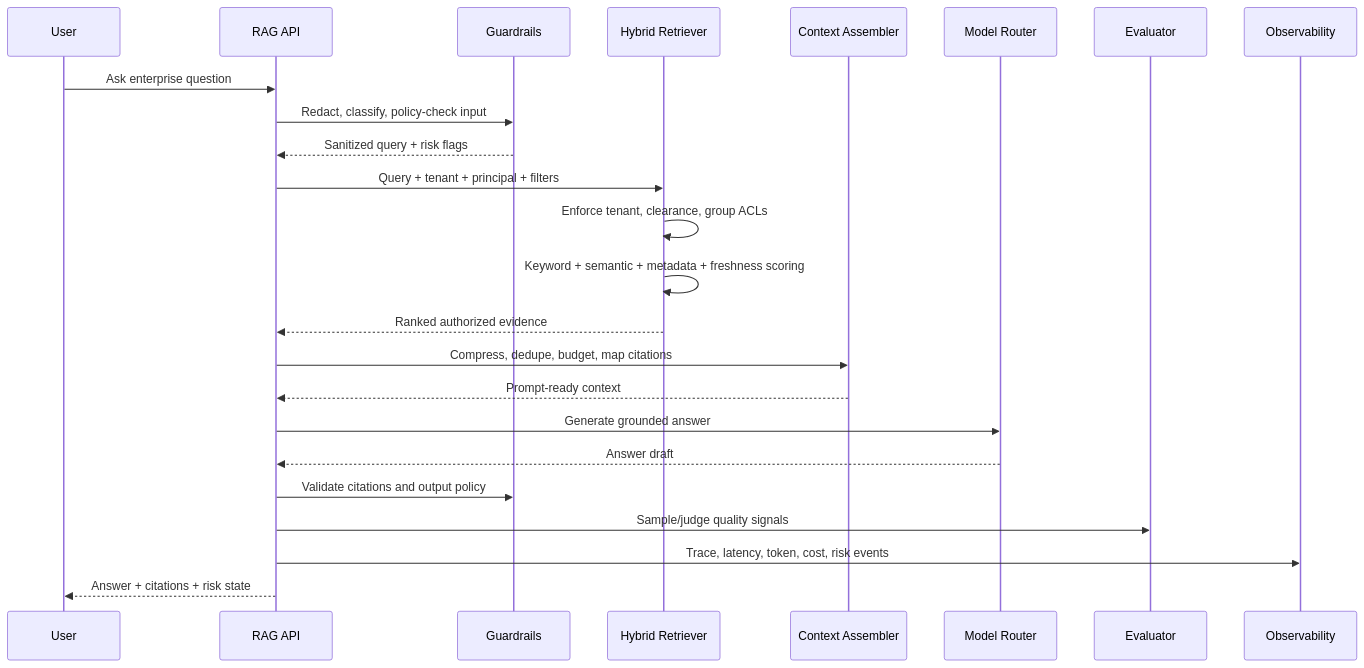
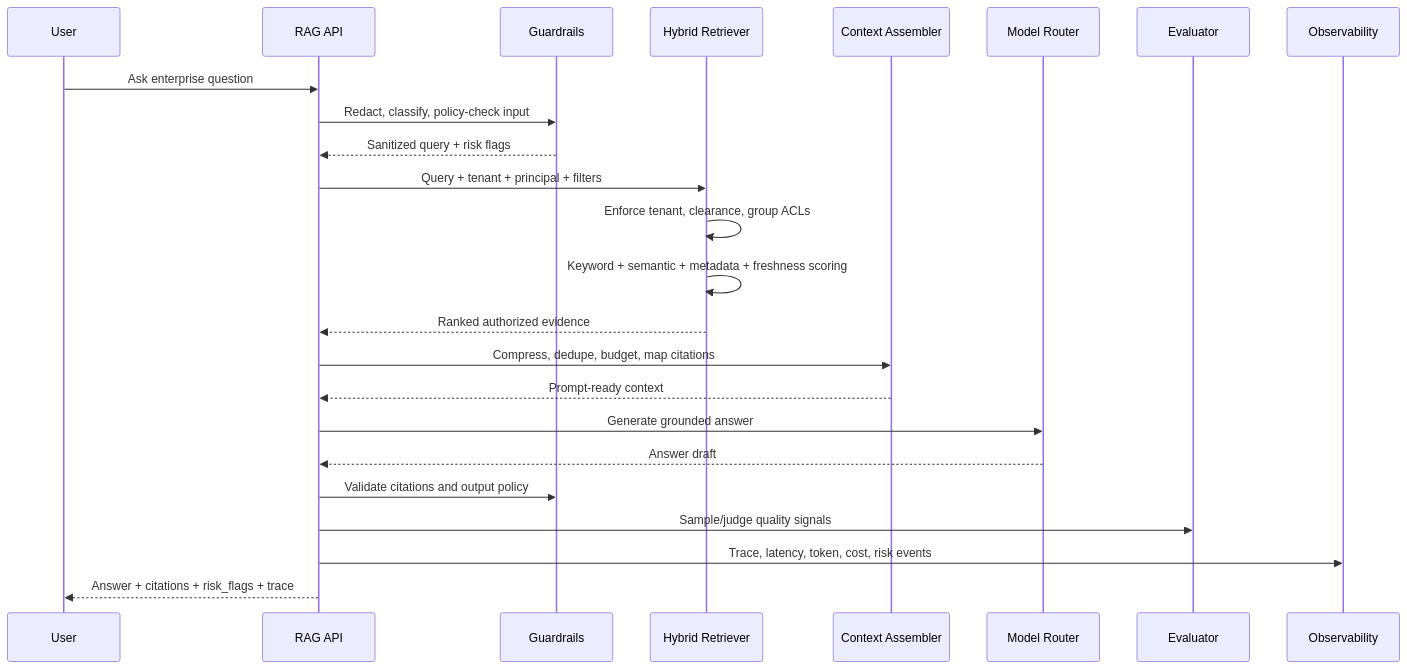
The second of 4 diagrams in README.md (vpeetla-ai/enterprise_rag_platform), drawn with Mermaid before and after one commit. The commit also changed other lines of this file and 9 other files, not shown here.

````diff
--- a/README.md
+++ b/README.md
@@ -37,27 +55,27 @@
 ```mermaid
 sequenceDiagram
   participant U as User
   participant API as RAG API
   participant G as Guardrails
   participant R as Hybrid Retriever
   participant C as Context Assembler
   participant M as Model Router
   participant E as Evaluator
   participant O as Observability
 
   U->>API: Ask enterprise question
   API->>G: Redact, classify, policy-check input
   G-->>API: Sanitized query + risk flags
   API->>R: Query + tenant + principal + filters
   R->>R: Enforce tenant, clearance, group ACLs
   R->>R: Keyword + semantic + metadata + freshness scoring
   R-->>API: Ranked authorized evidence
   API->>C: Compress, dedupe, budget, map citations
   C-->>API: Prompt-ready context
   API->>M: Generate grounded answer
   M-->>API: Answer draft
   API->>G: Validate citations and output policy
   API->>E: Sample/judge quality signals
   API->>O: Trace, latency, token, cost, risk events
-  API-->>U: Answer + citations + risk state
+  API-->>U: Answer + citations + risk_flags + trace
 ```
````
